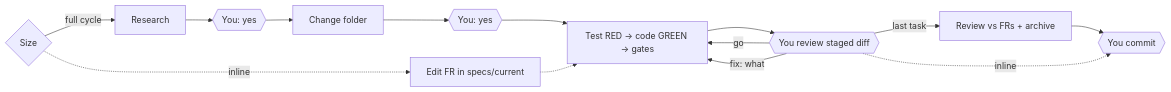
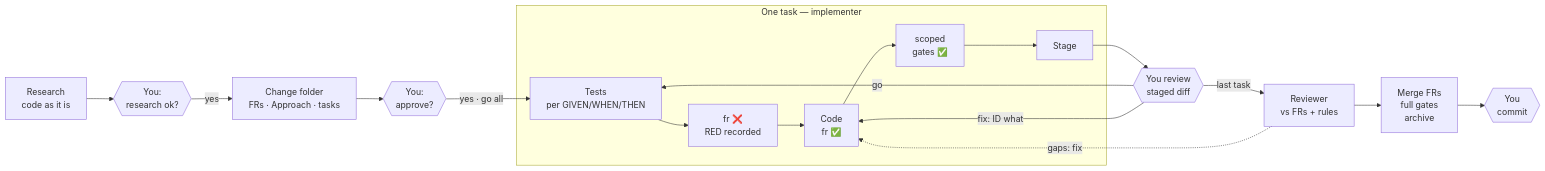
One commit to stevenhdz/spec-driven-development changed the first of 2 diagrams in README.md. Above: the diagram before and after it, drawn with Mermaid. The commit also changed other lines of this file and 8 other files, not shown here.

Commit message:
fix: harden gates — base check, RED evidence, quoting, portability

````diff
--- a/README.md
+++ b/README.md
@@ -52,9 +54,13 @@
 ```mermaid
 flowchart LR
-    C{Size} -->|full cycle| RS[Research] --> RA{{You: yes}} --> S[Change folder] --> A{{You: yes}} --> I[Test RED → code GREEN → gates] --> D{{You review staged diff}}
-    D -->|go| I
-    D -->|fix: what| I
-    D -->|last task| R[Review vs FRs + archive] --> K{{You commit}}
-    C -. inline .-> E[Edit FR in specs/current] -.-> I
-    D -. inline .-> K
+    RS["Research<br>code as it is"] --> RA{{"You:<br>research ok?"}} -->|yes| S["Change folder<br>FRs · Approach · tasks"] --> A{{"You:<br>approve?"}}
+    A -->|"yes · go all"| W
+    subgraph T [One task — implementer]
+        W["Tests<br>per GIVEN/WHEN/THEN"] --> RED["fr ❌<br>RED recorded"] --> G["Code<br>fr ✅"] --> SC["scoped<br>gates ✅"] --> ST[Stage]
+    end
+    ST --> D{{"You review<br>staged diff"}}
+    D -->|go| W
+    D -->|"fix: ID what"| G
+    D -->|last task| R["Reviewer<br>vs FRs + rules"] --> M["Merge FRs<br>full gates<br>archive"] --> K{{"You<br>commit"}}
+    R -.->|gaps: fix| G
 ```
````
